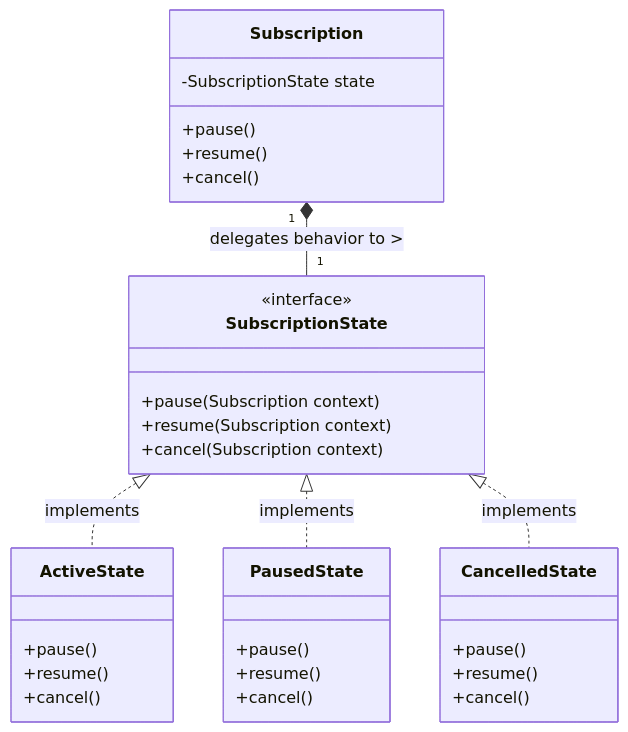
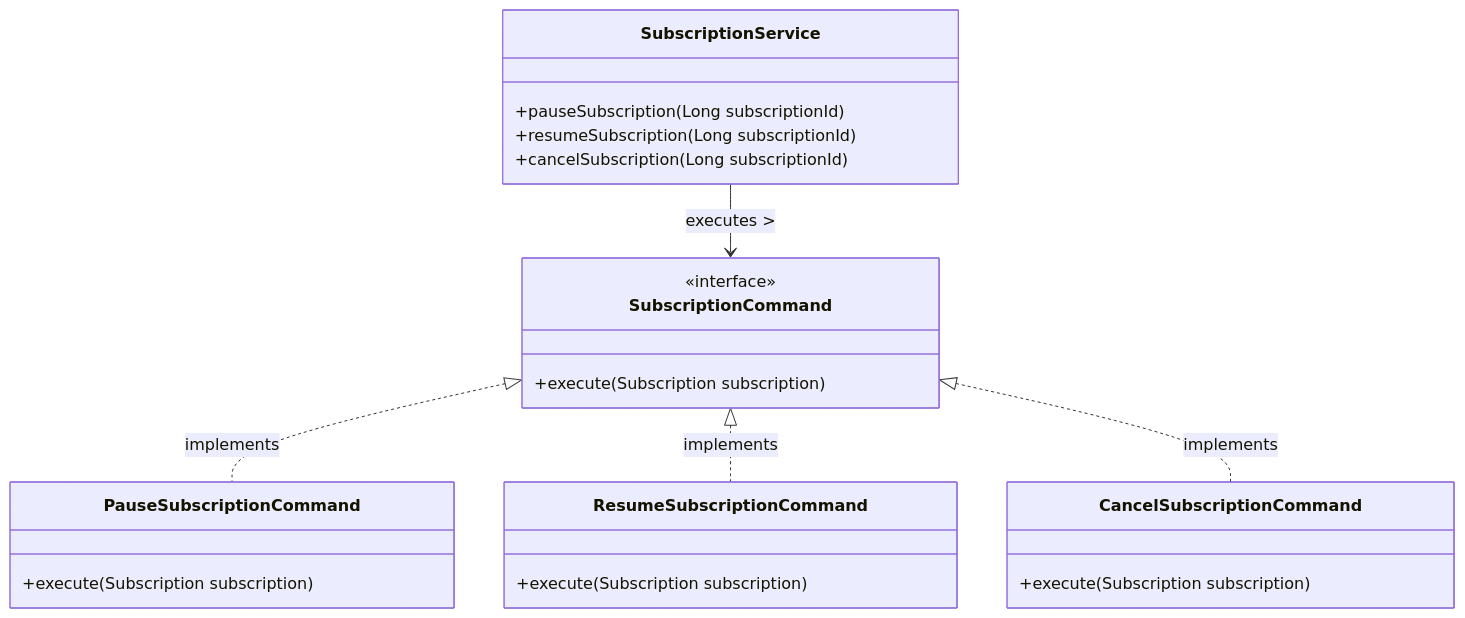
One commit to preksha-kamalesh/curatebox_ooad_mini_project changed the second of 8 diagrams in readme.md. Above: the diagram before and after it, drawn with Mermaid. The commit also changed other lines of this file and 11 other files, not shown here.

````diff
--- a/readme.md
+++ b/readme.md
@@ -87,35 +87,26 @@
 ```mermaid
 classDiagram
-    class Subscription {
-        -SubscriptionState state
-        +pause()
-        +resume()
-        +cancel()
+    class SubscriptionCommand {
+        <<interface>>
+        +execute(Subscription subscription)
     }
-    class SubscriptionState {
-        <<interface>>
-        +pause(Subscription context)
-        +resume(Subscription context)
-        +cancel(Subscription context)
+    class PauseSubscriptionCommand {
+        +execute(Subscription subscription)
     }
-    class ActiveState {
-        +pause()
-        +resume()
-        +cancel()
+    class ResumeSubscriptionCommand {
+        +execute(Subscription subscription)
     }
-    class PausedState {
-        +pause()
-        +resume()
-        +cancel()
+    class CancelSubscriptionCommand {
+        +execute(Subscription subscription)
     }
-    class CancelledState {
-        +pause()
-        +resume()
-        +cancel()
+    class SubscriptionService {
+        +pauseSubscription(Long subscriptionId)
+        +resumeSubscription(Long subscriptionId)
+        +cancelSubscription(Long subscriptionId)
     }
     
-    Subscription "1" *-- "1" SubscriptionState : delegates behavior to >
-    SubscriptionState <|.. ActiveState : implements
-    SubscriptionState <|.. PausedState : implements
-    SubscriptionState <|.. CancelledState : implements
+    SubscriptionCommand <|.. PauseSubscriptionCommand : implements
+    SubscriptionCommand <|.. ResumeSubscriptionCommand : implements
+    SubscriptionCommand <|.. CancelSubscriptionCommand : implements
+    SubscriptionService --> SubscriptionCommand : executes >
 ```
````
